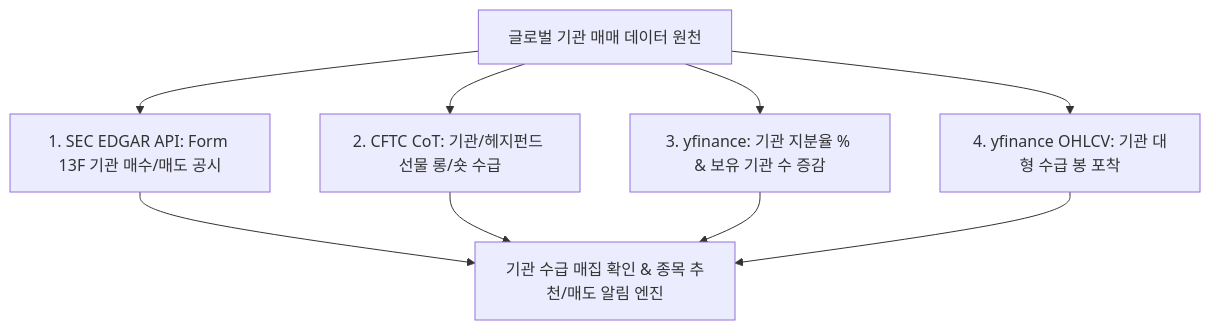
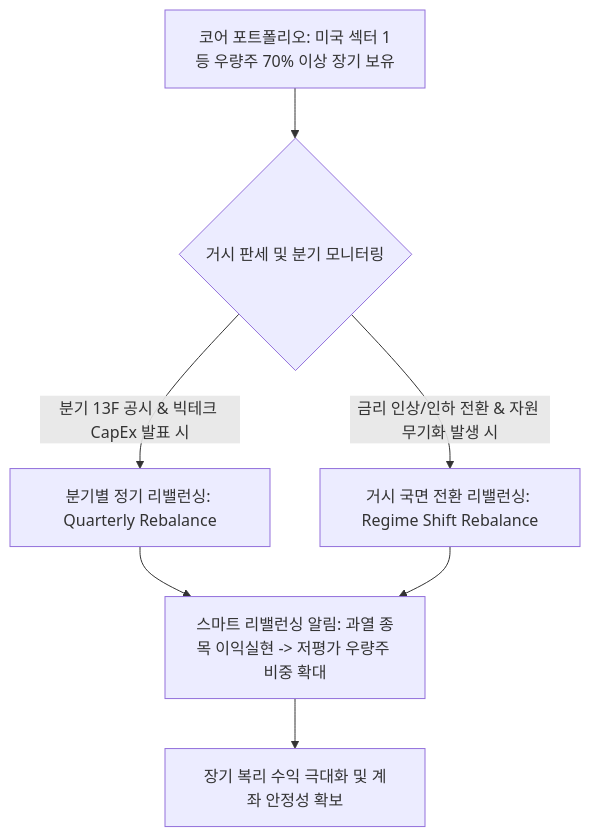
Before and after one commit to tjrdlsck/StockLatte: the diagram in docs/proposals/MACRO_STOCK_RECOMMENDATION_PROPOSAL.md, drawn with Mermaid. The commit also changed other lines of this file, not shown here.

First line of the commit message:
[docs]: 단타 배제 및 중장기 코어 우량주 보유 + 스마트 리밸런싱 시스템 구축

````diff
--- a/docs/proposals/MACRO_STOCK_RECOMMENDATION_PROPOSAL.md
+++ b/docs/proposals/MACRO_STOCK_RECOMMENDATION_PROPOSAL.md
@@ -23,8 +22,8 @@
 ```mermaid
 flowchart TD
-    A[글로벌 기관 매매 데이터 원천] --> B[1. SEC EDGAR API: Form 13F 기관 매수/매도 공시]
-    A --> C[2. CFTC CoT: 기관/헤지펀드 선물 롱/숏 수급]
-    A --> D[3. yfinance: 기관 지분율 % & 보유 기관 수 증감]
-    A --> E[4. yfinance OHLCV: 기관 대형 수급 봉 포착]
-    B & C & D & E --> F[기관 수급 매집 확인 & 종목 추천/매도 알림 엔진]
+    A[코어 포트폴리오: 미국 섹터 1등 우량주 70% 이상 장기 보유] --> B{거시 판세 및 분기 모니터링}
+    B -- 분기 13F 공시 & 빅테크 CapEx 발표 시 --> C[분기별 정기 리밸런싱: Quarterly Rebalance]
+    B -- 금리 인상/인하 전환 & 자원 무기화 발생 시 --> D[거시 국면 전환 리밸런싱: Regime Shift Rebalance]
+    C & D --> E[스마트 리밸런싱 알림: 과열 종목 이익실현 -> 저평가 우량주 비중 확대]
+    E --> F[장기 복리 수익 극대화 및 계좌 안정성 확보]
 ```
````
